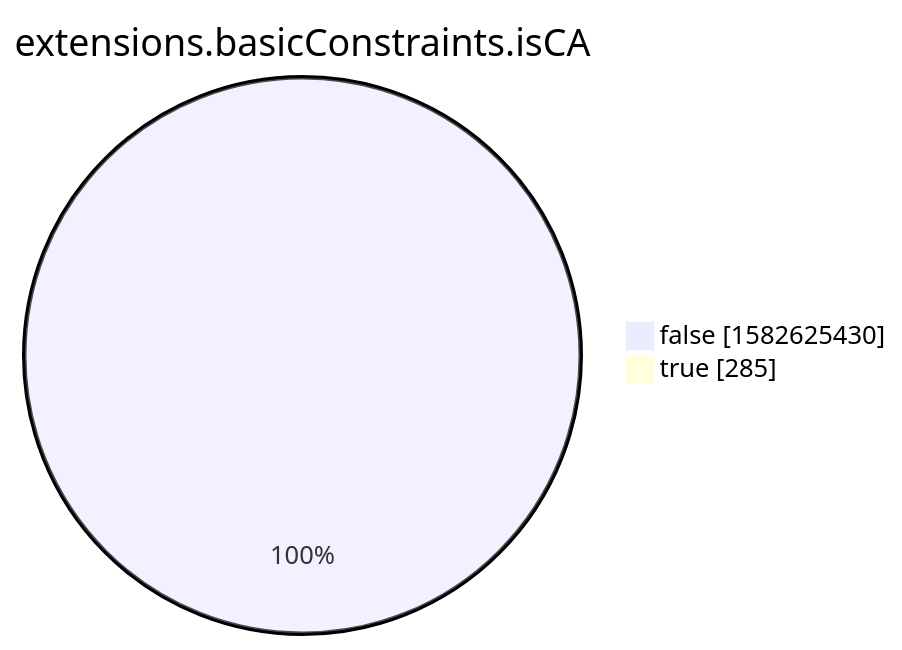
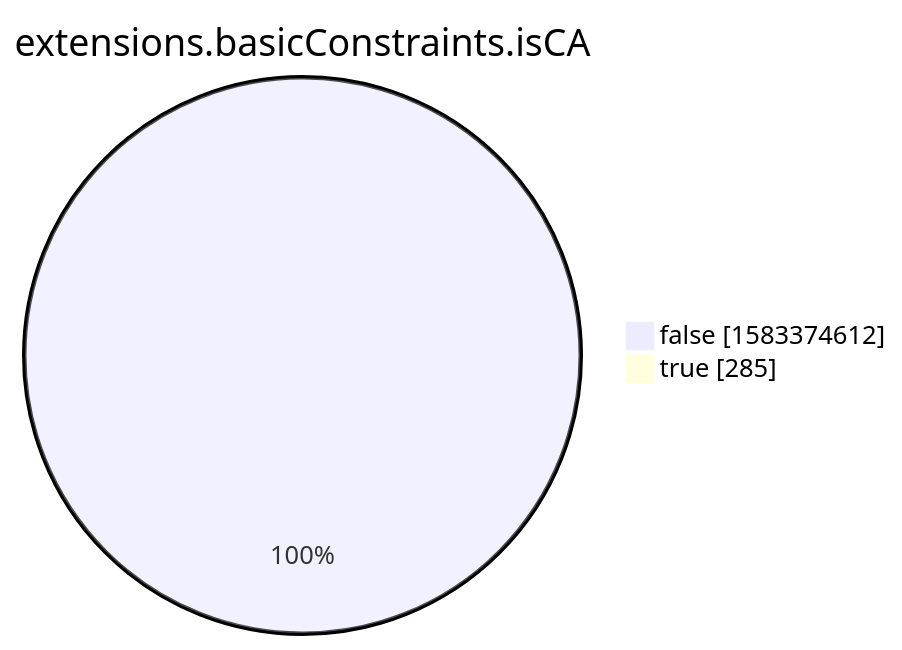
The eighth of 15 diagrams in xenon2022/README.md (christiankrug/ctmonitor_visualization), drawn with Mermaid before and after one commit. The commit also changed other lines of this file, not shown here.

````diff
--- a/xenon2022/README.md
+++ b/xenon2022/README.md
@@ -2862,6 +2862,6 @@
 ```mermaid
 pie showData
 title extensions.basicConstraints.isCA
-"false" :1582625430
+"false" :1583374612
 "true" :285
 ```
````
